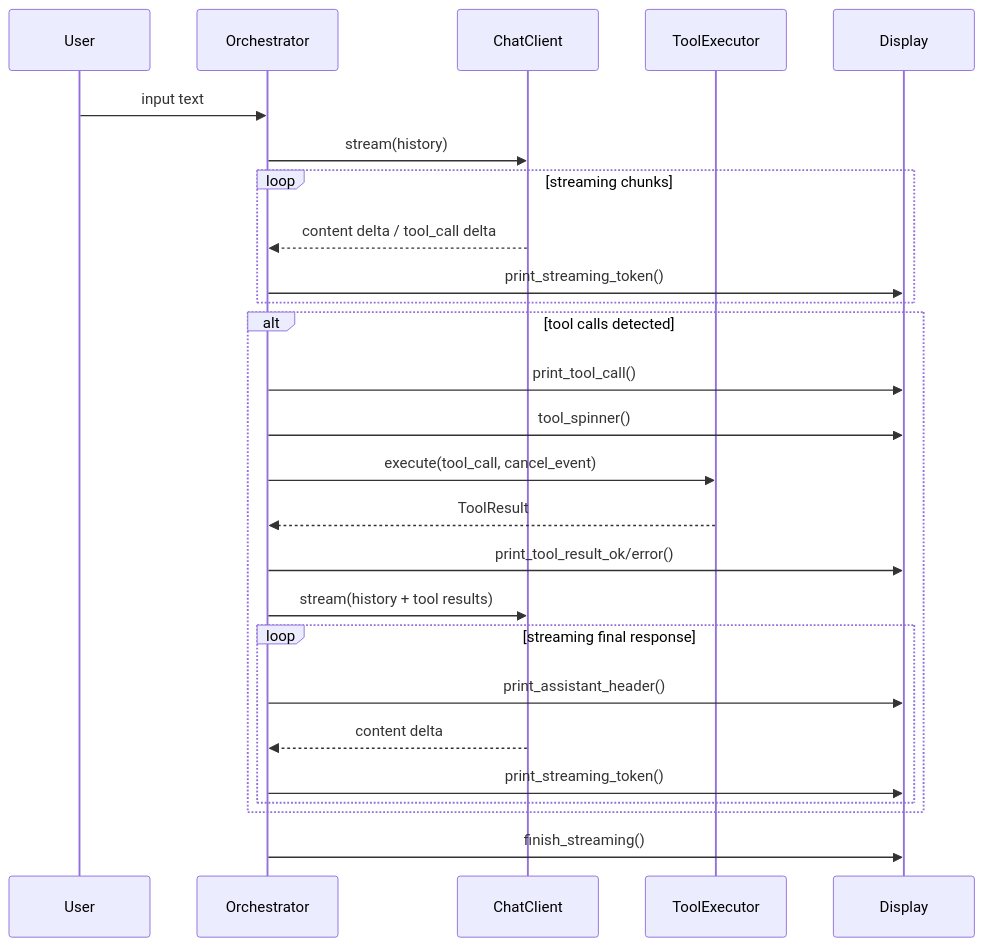
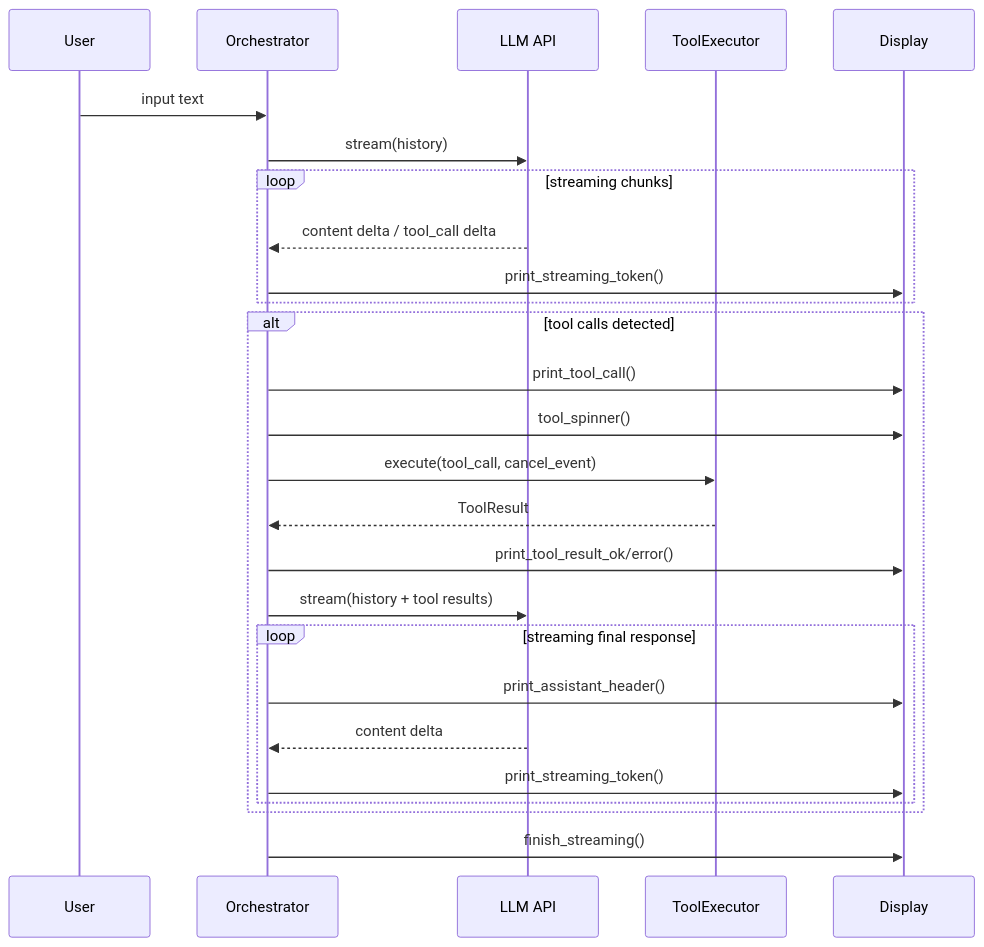
Before and after one commit to codexceed/cli-chat: the second of 5 diagrams in ARCHITECTURE.md, drawn with Mermaid. The commit also changed other lines of this file and 2 other files, not shown here.

Commit message:
Update docs to reflect vendor-agnostic LLM config and merged orchestrator
Remove stale ChatClient/chat.py references from ARCHITECTURE.md,
README.md, and CLAUDE.md. Replace OpenRouter-specific language with
generic LLM API terminology.

````diff
--- a/ARCHITECTURE.md
+++ b/ARCHITECTURE.md
@@ -31,29 +29,29 @@
 ```mermaid
 sequenceDiagram
     participant U as User
     participant O as Orchestrator
-    participant C as ChatClient
+    participant L as LLM API
     participant T as ToolExecutor
     participant D as Display
 
     U->>O: input text
-    O->>C: stream(history)
+    O->>L: stream(history)
     loop streaming chunks
-        C-->>O: content delta / tool_call delta
+        L-->>O: content delta / tool_call delta
         O->>D: print_streaming_token()
     end
     alt tool calls detected
         O->>D: print_tool_call()
         O->>D: tool_spinner()
         O->>T: execute(tool_call, cancel_event)
         T-->>O: ToolResult
         O->>D: print_tool_result_ok/error()
-        O->>C: stream(history + tool results)
+        O->>L: stream(history + tool results)
         loop streaming final response
             O->>D: print_assistant_header()
-            C-->>O: content delta
+            L-->>O: content delta
             O->>D: print_streaming_token()
         end
     end
     O->>D: finish_streaming()
 ```
````
